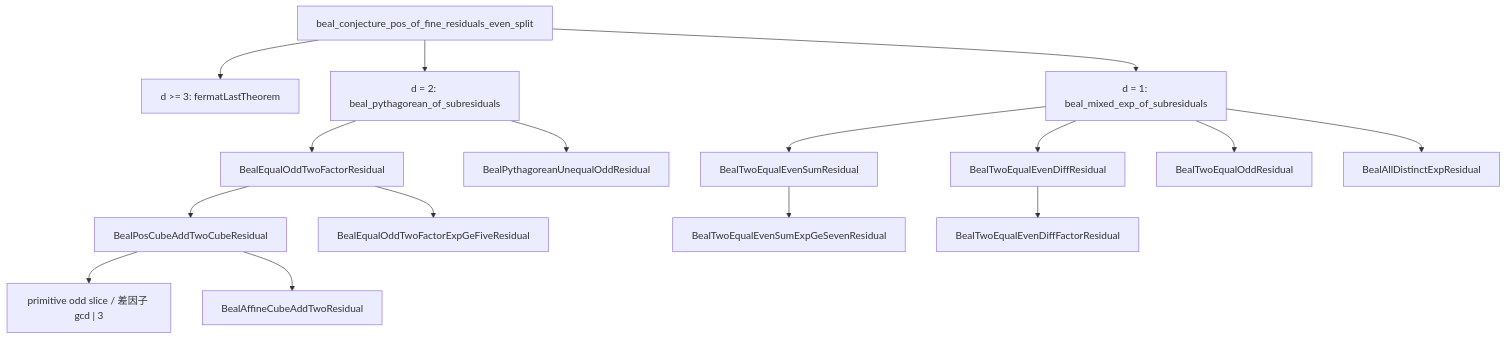
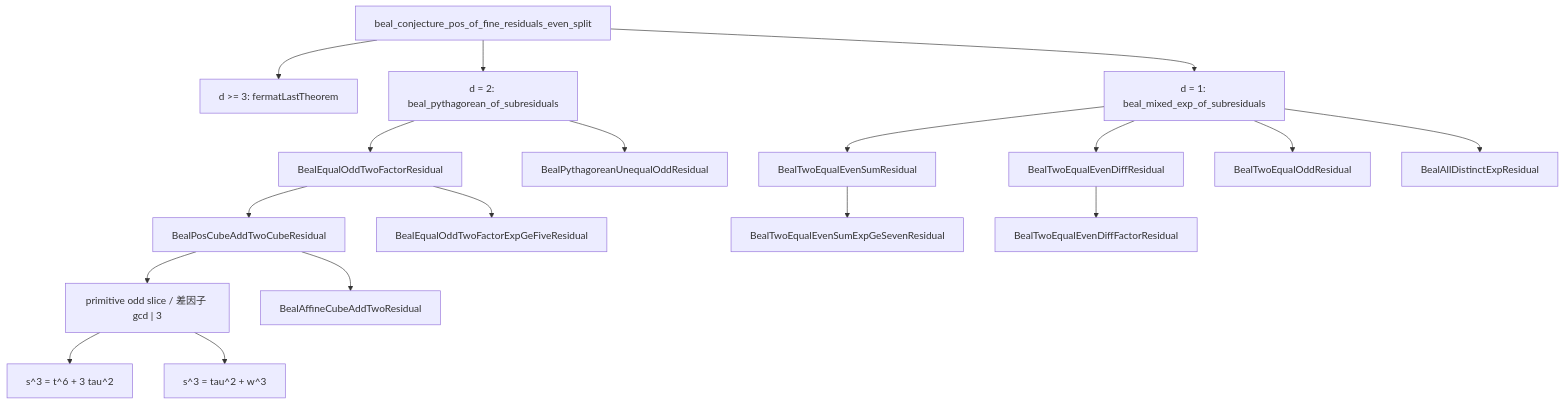
Before and after one commit to hypernumbernet/DstDiophantine: the diagram in DstDiophantine優先度ランキング.md, drawn with Mermaid. The commit also changed other lines of this file and 5 other files, not shown here.

````diff
--- a/DstDiophantine優先度ランキング.md
+++ b/DstDiophantine優先度ランキング.md
@@ -99,34 +100,38 @@
 ```mermaid
 flowchart TB
   assembly["beal_conjecture_pos_of_fine_residuals_even_split"]
   dge3["d >= 3: fermatLastTheorem"]
   d2["d = 2: beal_pythagorean_of_subresiduals"]
   d1["d = 1: beal_mixed_exp_of_subresiduals"]
   eqOdd["BealEqualOddTwoFactorResidual"]
   uneq["BealPythagoreanUnequalOddResidual"]
   cube["BealPosCubeAddTwoCubeResidual"]
   prim["primitive odd slice / 差因子 gcd | 3"]
+  desc1["s^3 = t^6 + 3 tau^2"]
+  desc3["s^3 = tau^2 + w^3"]
   aff["BealAffineCubeAddTwoResidual"]
   ge5["BealEqualOddTwoFactorExpGeFiveResidual"]
   sumRes["BealTwoEqualEvenSumResidual"]
   diffRes["BealTwoEqualEvenDiffResidual"]
   oddRes["BealTwoEqualOddResidual"]
   distRes["BealAllDistinctExpResidual"]
   sum7["BealTwoEqualEvenSumExpGeSevenResidual"]
   fac["BealTwoEqualEvenDiffFactorResidual"]
   assembly --> dge3
   assembly --> d2
   assembly --> d1
   d2 --> eqOdd
   d2 --> uneq
   eqOdd --> cube
   eqOdd --> ge5
   cube --> prim
   cube --> aff
+  prim --> desc1
+  prim --> desc3
   d1 --> sumRes
   d1 --> diffRes
   d1 --> oddRes
   d1 --> distRes
   sumRes --> sum7
   diffRes --> fac
 ```
````
